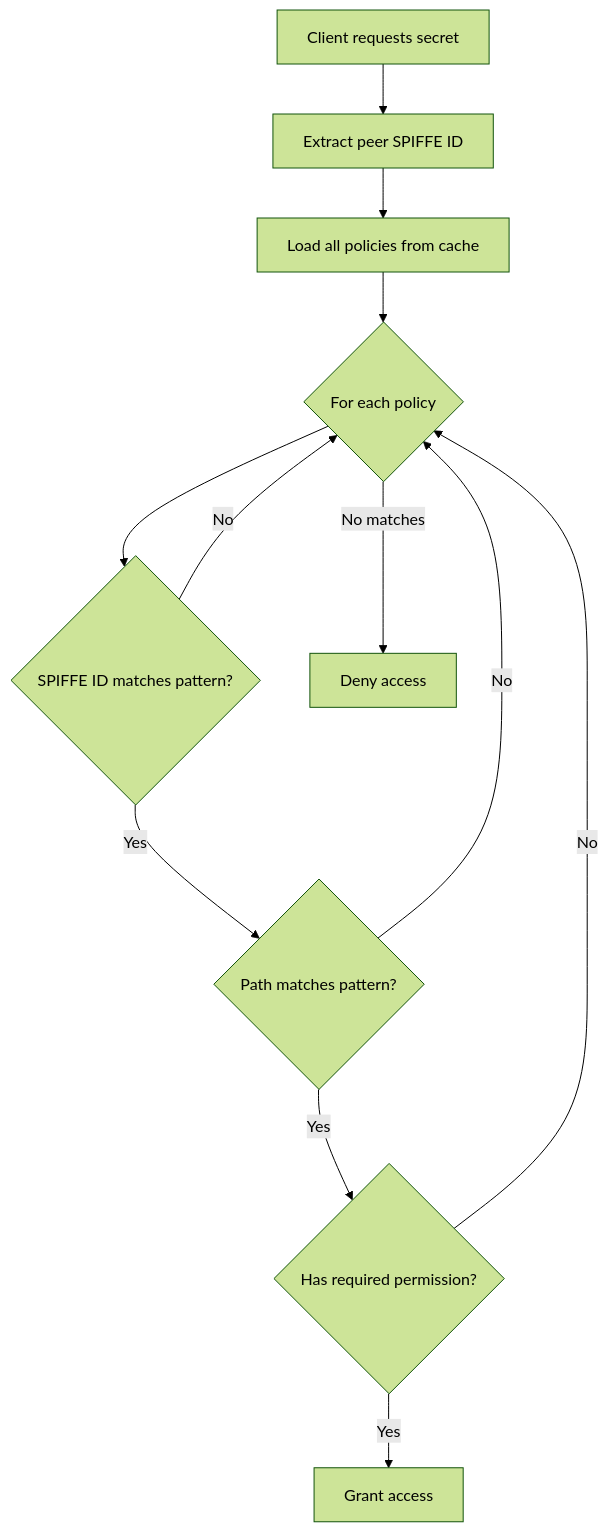
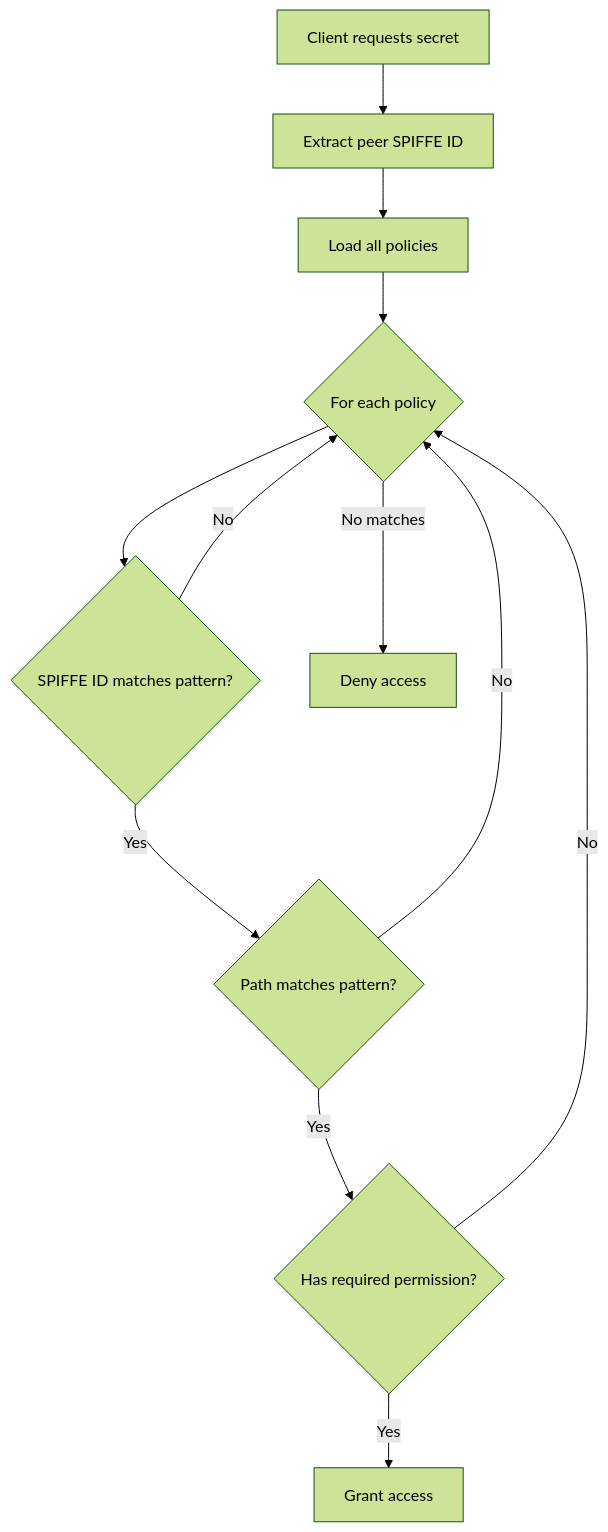
The diagram in diagrams/012-spike-secret-access-sequence.md (spiffe/spike), drawn with Mermaid (forest theme) before and after one commit. The commit also changed other lines of this file and 25 other files, not shown here.

````diff
--- a/diagrams/012-spike-secret-access-sequence.md
+++ b/diagrams/012-spike-secret-access-sequence.md
@@ -3,14 +3,14 @@
 ```mermaid
 graph TD
     A[Client requests secret] --> B[Extract peer SPIFFE ID]
-    B --> C[Load all policies from cache]
+    B --> C[Load all policies]
     C --> D{For each policy}
     D --> E{SPIFFE ID matches pattern?}
     E -->|No| D
     E -->|Yes| F{Path matches pattern?}
     F -->|No| D
     F -->|Yes| G{Has required permission?}
     G -->|No| D
     G -->|Yes| H[Grant access]
     D -->|No matches| I[Deny access]
 ```
````
